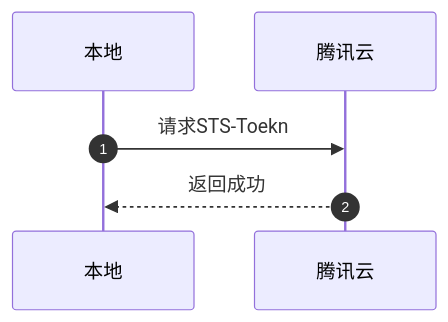
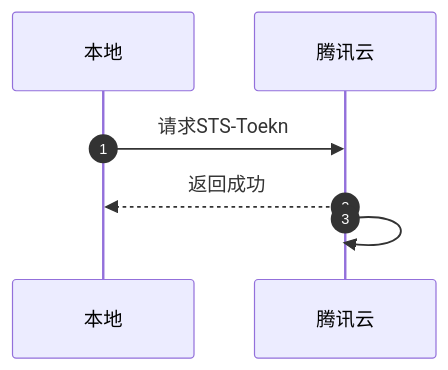
One commit to HY-10-8/iodraw-files changed the diagram in all/未命名-5.md. Above: the diagram before and after it, drawn with Mermaid.

Commit message:
2026-04-24 10:25:47 update

````diff
--- a/all/未命名-5.md
+++ b/all/未命名-5.md
@@ -1,12 +1,12 @@
 ```mermaid
 sequenceDiagram
     autonumber
 
     participant 本地 
     participant 腾讯云
     
     本地->>腾讯云: 请求STS-Toekn
     腾讯云-->>本地: 返回成功
-    
+    腾讯云->>腾讯云: 
 
 ```
````
